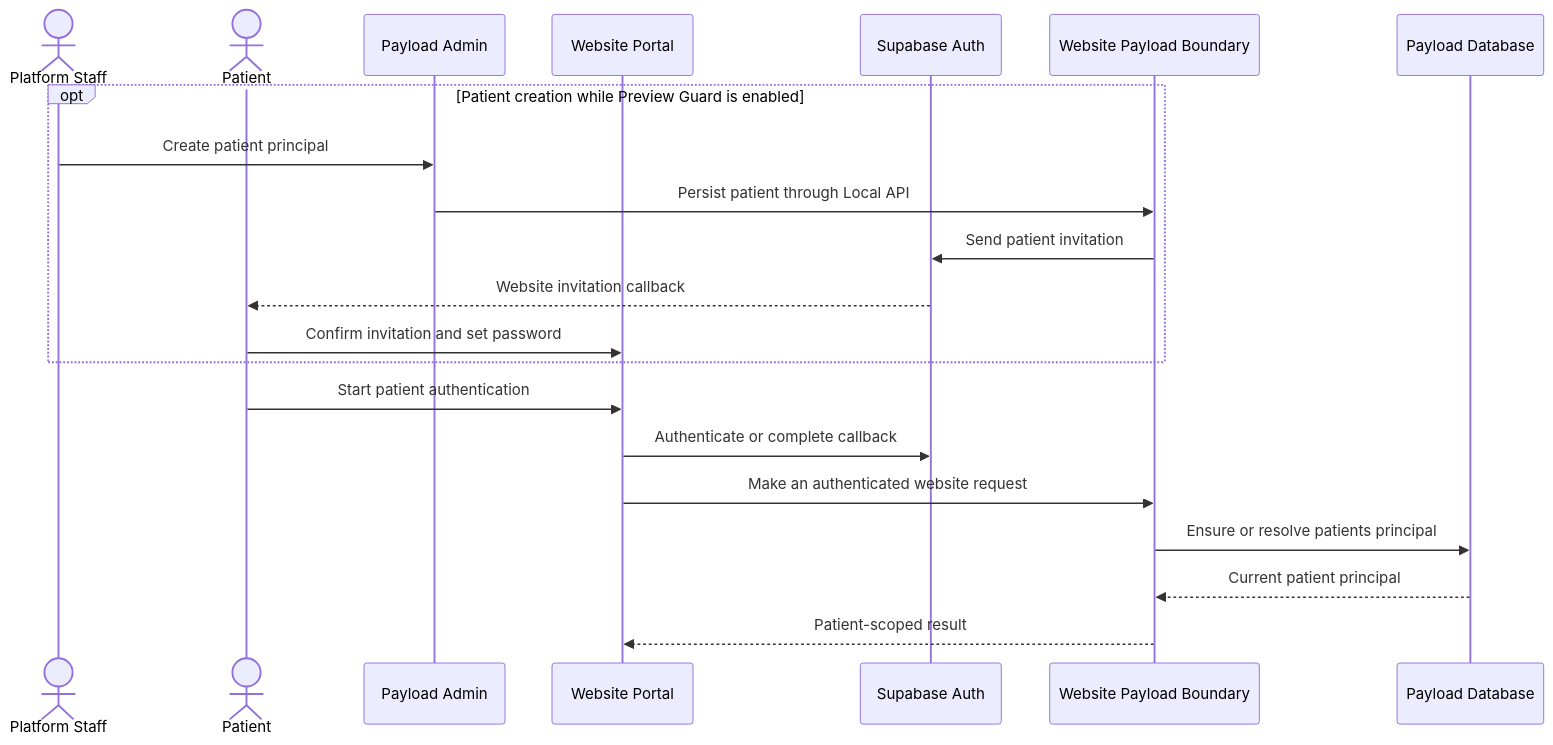
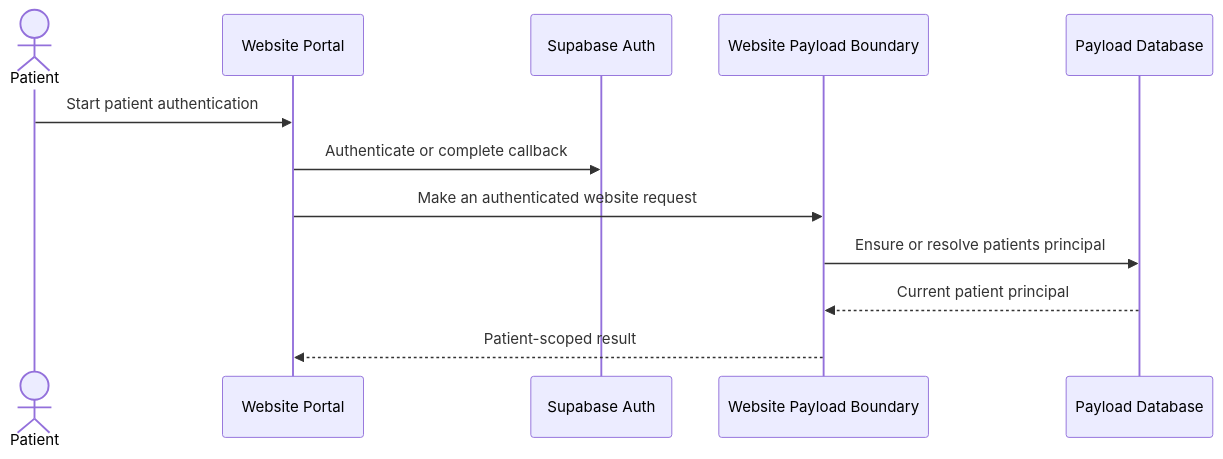
Before and after one commit to findmydoc-platform/website: the fourth of 4 diagrams in docs/security/auth-flow-diagram.md, drawn with Mermaid. The commit also changed other lines of this file and 37 other files, not shown here.

Commit message:
feat: remove application preview guard (#2295)

````diff
--- a/docs/security/auth-flow-diagram.md
+++ b/docs/security/auth-flow-diagram.md
@@ -94,24 +94,15 @@
 ```mermaid
 sequenceDiagram
-    actor Platform as Platform Staff
     actor Patient
-    participant Admin as Payload Admin
     participant Portal as Website Portal
     participant Supabase as Supabase Auth
     participant Payload as Website Payload Boundary
     participant DB as Payload Database
 
-    opt Patient creation while Preview Guard is enabled
-        Platform->>Admin: Create patient principal
-        Admin->>Payload: Persist patient through Local API
-        Payload->>Supabase: Send patient invitation
-        Supabase-->>Patient: Website invitation callback
-        Patient->>Portal: Confirm invitation and set password
-    end
     Patient->>Portal: Start patient authentication
     Portal->>Supabase: Authenticate or complete callback
     Portal->>Payload: Make an authenticated website request
     Payload->>DB: Ensure or resolve patients principal
     DB-->>Payload: Current patient principal
     Payload-->>Portal: Patient-scoped result
 ```
````
